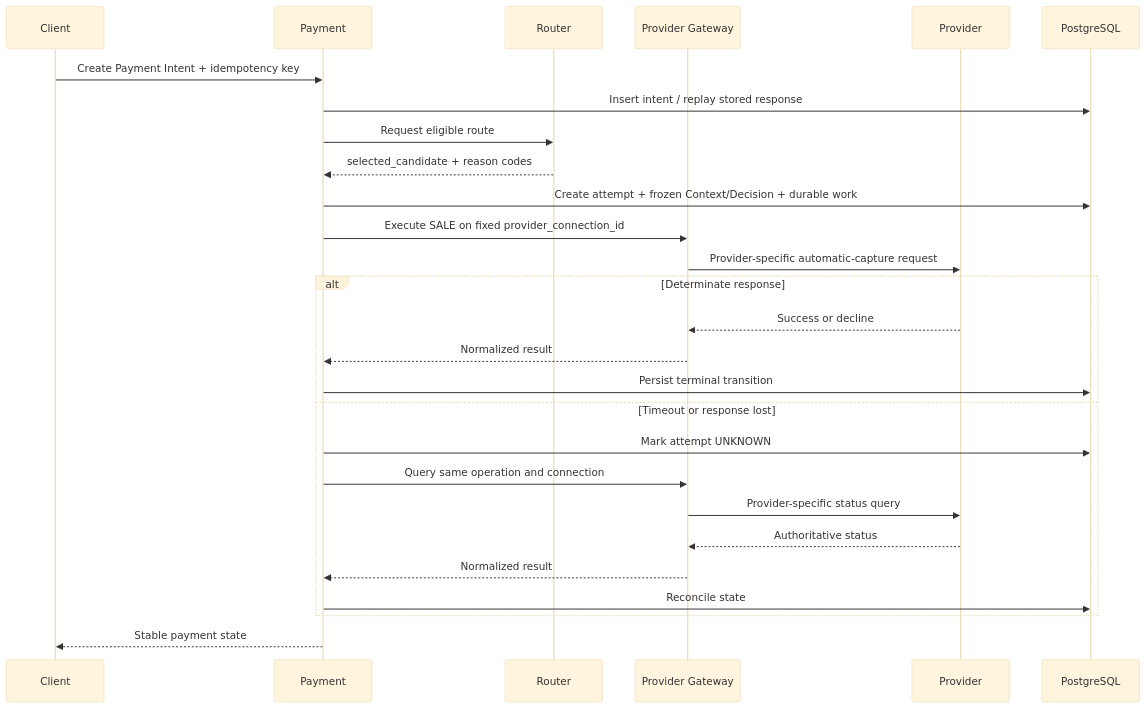
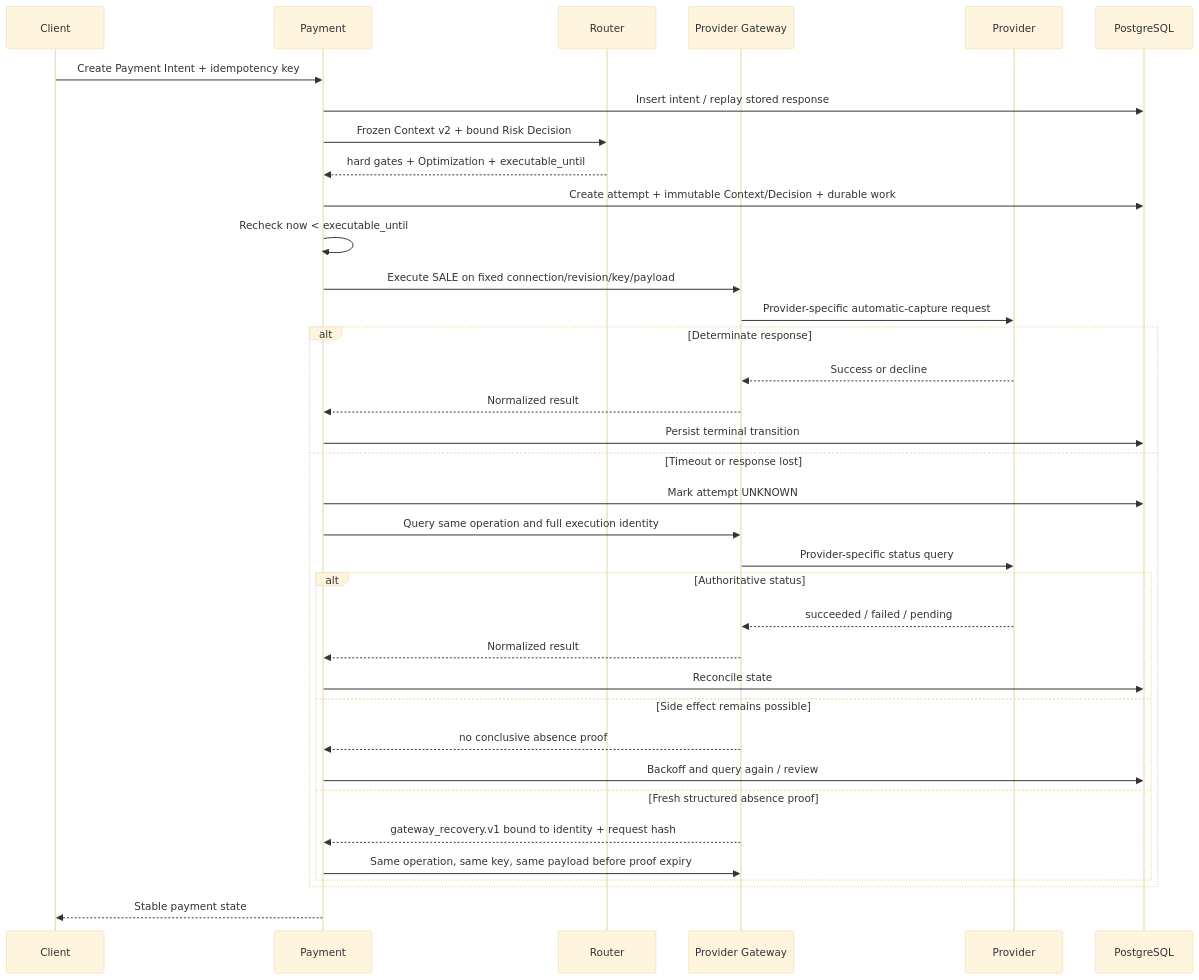
The second of 2 diagrams in docs/architecture.md (YouEclipse/payments), drawn with Mermaid (base theme) before and after one commit. The commit also changed other lines of this file and 121 other files, not shown here.

````diff
--- a/docs/architecture.md
+++ b/docs/architecture.md
@@ -78,30 +87,39 @@
 ```mermaid
 sequenceDiagram
     participant C as Client
     participant P as Payment
     participant R as Router
     participant G as Provider Gateway
     participant X as Provider
     participant D as PostgreSQL
 
     C->>P: Create Payment Intent + idempotency key
     P->>D: Insert intent / replay stored response
-    P->>R: Request eligible route
-    R-->>P: selected_candidate + reason codes
-    P->>D: Create attempt + frozen Context/Decision + durable work
-    P->>G: Execute SALE on fixed provider_connection_id
+    P->>R: Frozen Context v2 + bound Risk Decision
+    R-->>P: hard gates + Optimization + executable_until
+    P->>D: Create attempt + immutable Context/Decision + durable work
+    P->>P: Recheck now < executable_until
+    P->>G: Execute SALE on fixed connection/revision/key/payload
     G->>X: Provider-specific automatic-capture request
     alt Determinate response
         X-->>G: Success or decline
         G-->>P: Normalized result
         P->>D: Persist terminal transition
     else Timeout or response lost
         P->>D: Mark attempt UNKNOWN
-        P->>G: Query same operation and connection
+        P->>G: Query same operation and full execution identity
         G->>X: Provider-specific status query
-        X-->>G: Authoritative status
-        G-->>P: Normalized result
-        P->>D: Reconcile state
+        alt Authoritative status
+            X-->>G: succeeded / failed / pending
+            G-->>P: Normalized result
+            P->>D: Reconcile state
+        else Side effect remains possible
+            G-->>P: no conclusive absence proof
+            P->>D: Backoff and query again / review
+        else Fresh structured absence proof
+            G-->>P: gateway_recovery.v1 bound to identity + request hash
+            P->>G: Same operation, same key, same payload before proof expiry
+        end
     end
     P-->>C: Stable payment state
 ```
````
